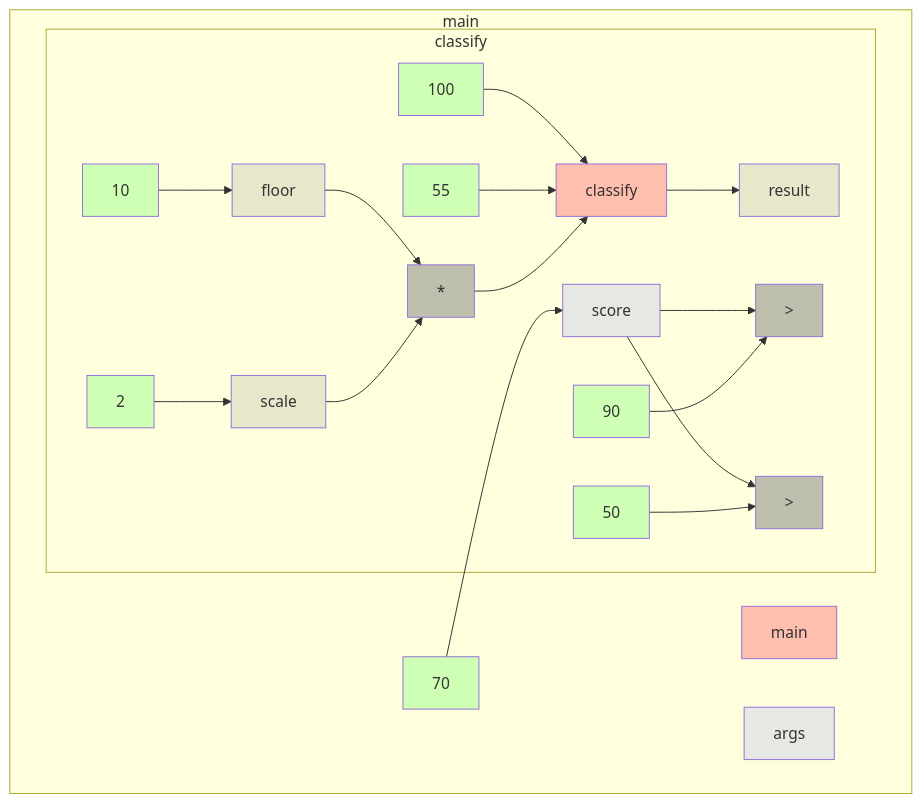
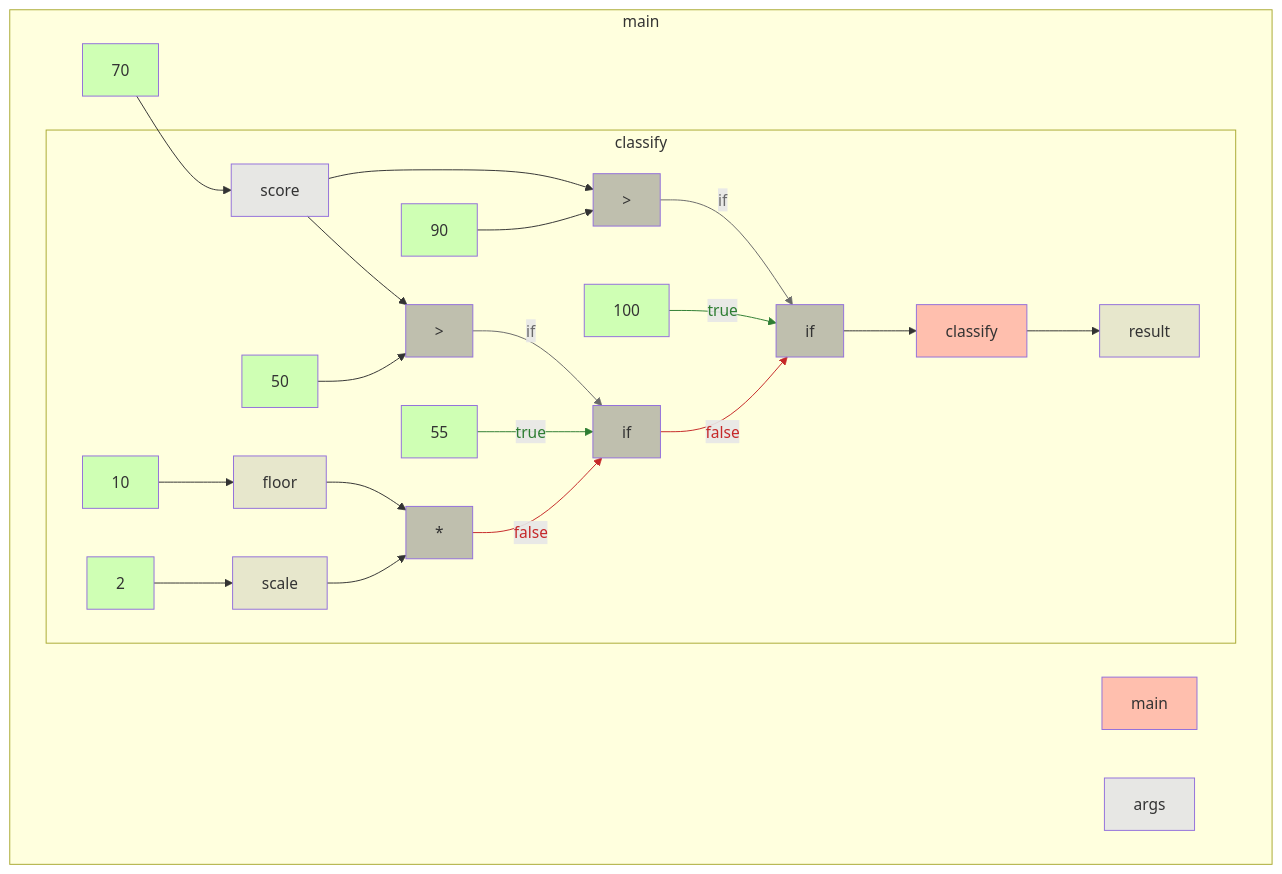
The diagram in app/src/test/resources/earlyReturn/truth.md (gstiebler/codeflow), drawn with Mermaid before and after one commit. The commit also changed 6 other files, not shown here.

````diff
--- a/app/src/test/resources/earlyReturn/truth.md
+++ b/app/src/test/resources/earlyReturn/truth.md
@@ -1,44 +1,56 @@
 ```mermaid
 flowchart TD
   subgraph b0["main"]
     n1[main]:::RETURN
     n2[args]:::FUNC_PARAM
     n3[70]:::LITERAL
-    n18[result]:::VARIABLE
+    n20[result]:::VARIABLE
     n3[70]:::LITERAL --> n6[score]:::FUNC_PARAM
     subgraph b4["classify"]
       n5[classify]:::RETURN
       n6[score]:::FUNC_PARAM
       n7[90]:::LITERAL
       n8[>]:::BIN_OP
       n9[100]:::LITERAL
       n10[50]:::LITERAL
       n11[>]:::BIN_OP
       n12[55]:::LITERAL
       n13[10]:::LITERAL
       n14[floor]:::VARIABLE
       n15[2]:::LITERAL
       n16[scale]:::VARIABLE
       n17[*]:::BIN_OP
-      n5[classify]:::RETURN --> n18[result]:::VARIABLE
+      n18[if]:::BIN_OP
+      n19[if]:::BIN_OP
+      n5[classify]:::RETURN --> n20[result]:::VARIABLE
       n6[score]:::FUNC_PARAM --> n8[>]:::BIN_OP
       n6[score]:::FUNC_PARAM --> n11[>]:::BIN_OP
       n7[90]:::LITERAL --> n8[>]:::BIN_OP
-      n9[100]:::LITERAL --> n5[classify]:::RETURN
+      n8[>]:::BIN_OP -->|if| n19[if]:::BIN_OP
+      n9[100]:::LITERAL -->|true| n19[if]:::BIN_OP
       n10[50]:::LITERAL --> n11[>]:::BIN_OP
-      n12[55]:::LITERAL --> n5[classify]:::RETURN
+      n11[>]:::BIN_OP -->|if| n18[if]:::BIN_OP
+      n12[55]:::LITERAL -->|true| n18[if]:::BIN_OP
       n13[10]:::LITERAL --> n14[floor]:::VARIABLE
       n14[floor]:::VARIABLE --> n17[*]:::BIN_OP
       n15[2]:::LITERAL --> n16[scale]:::VARIABLE
       n16[scale]:::VARIABLE --> n17[*]:::BIN_OP
-      n17[*]:::BIN_OP --> n5[classify]:::RETURN
+      n17[*]:::BIN_OP -->|false| n18[if]:::BIN_OP
+      n18[if]:::BIN_OP -->|false| n19[if]:::BIN_OP
+      n19[if]:::BIN_OP --> n5[classify]:::RETURN
     end
   end
+  linkStyle 5 stroke:#6a6a6a,color:#6a6a6a
+  linkStyle 6 stroke:#2e7d32,color:#2e7d32
+  linkStyle 8 stroke:#6a6a6a,color:#6a6a6a
+  linkStyle 9 stroke:#2e7d32,color:#2e7d32
+  linkStyle 14 stroke:#c62828,color:#c62828
+  linkStyle 15 stroke:#c62828,color:#c62828
   classDef LITERAL fill:#00FF0030
   classDef VARIABLE fill:#80808030
   classDef BIN_OP fill:#80808080
   classDef FUNC_PARAM fill:#8080FF30
   classDef RETURN fill:#FF808080
   classDef EXTERNAL fill:#FFA50040
   classDef UNMODELLED fill:#FF000030,stroke-dasharray: 4 2
 ```
````
